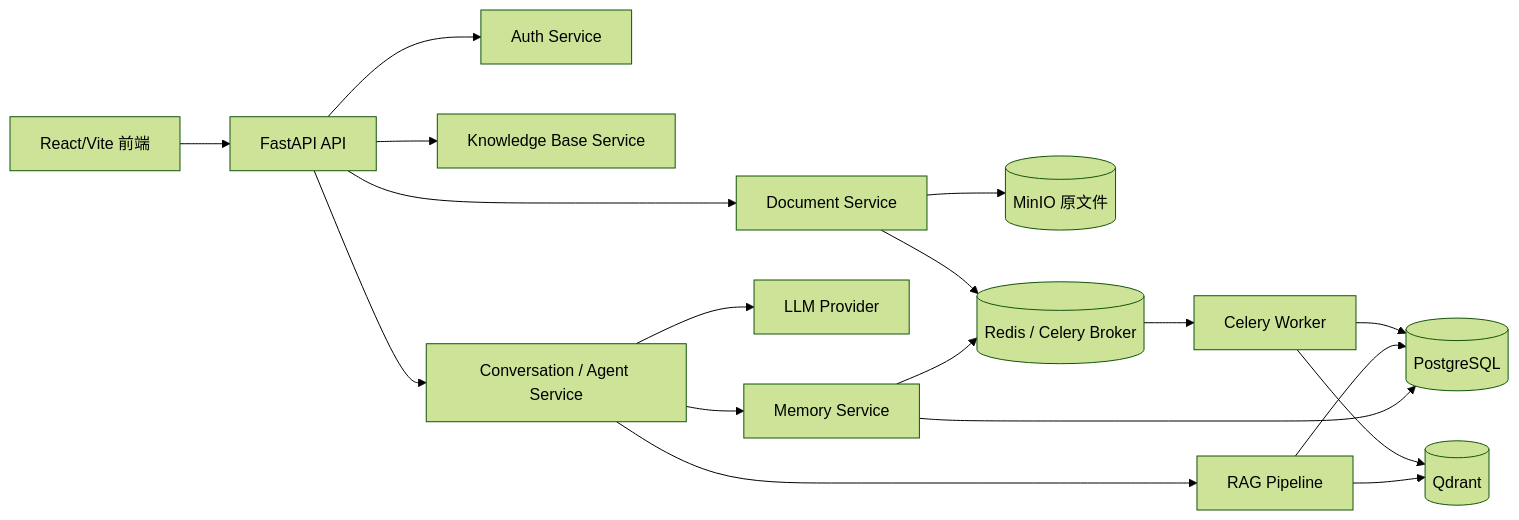
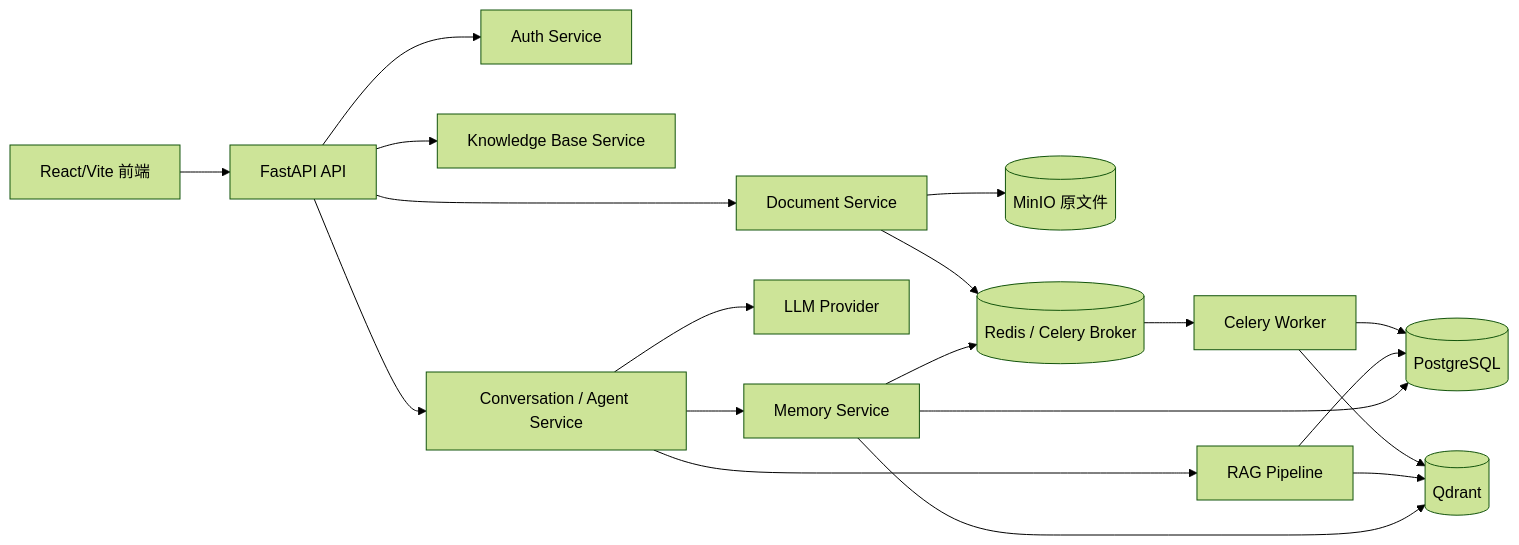
One commit to ShuoLiu0603/knowledge-work-assistant changed the first of 3 diagrams in docs/architecture_diagrams.md. Above: the diagram before and after it, drawn with Mermaid (forest theme). The commit also changed other lines of this file and 57 other files, not shown here.

````diff
--- a/docs/architecture_diagrams.md
+++ b/docs/architecture_diagrams.md
@@ -5,20 +5,21 @@
 ```mermaid
 flowchart LR
   FE[React/Vite 前端] --> API[FastAPI API]
   API --> AUTH[Auth Service]
   API --> KB[Knowledge Base Service]
   API --> DOC[Document Service]
   API --> CHAT[Conversation / Agent Service]
   DOC --> MINIO[(MinIO 原文件)]
   DOC --> REDIS[(Redis / Celery Broker)]
   REDIS --> WORKER[Celery Worker]
   WORKER --> PG[(PostgreSQL)]
   WORKER --> QDRANT[(Qdrant)]
   CHAT --> RAG[RAG Pipeline]
   RAG --> PG
   RAG --> QDRANT
   CHAT --> LLM[LLM Provider]
   CHAT --> MEMORY[Memory Service]
   MEMORY --> REDIS
   MEMORY --> PG
+  MEMORY --> QDRANT
 ```
````
